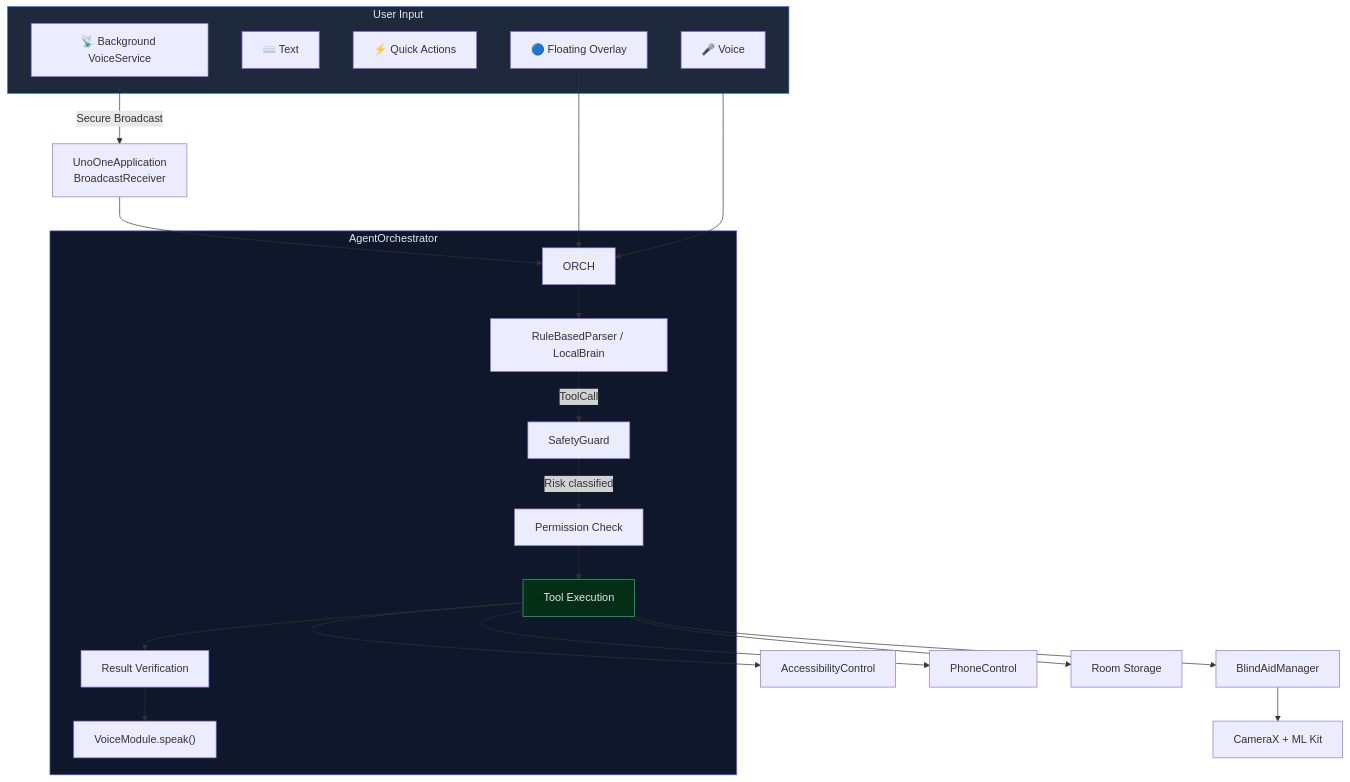
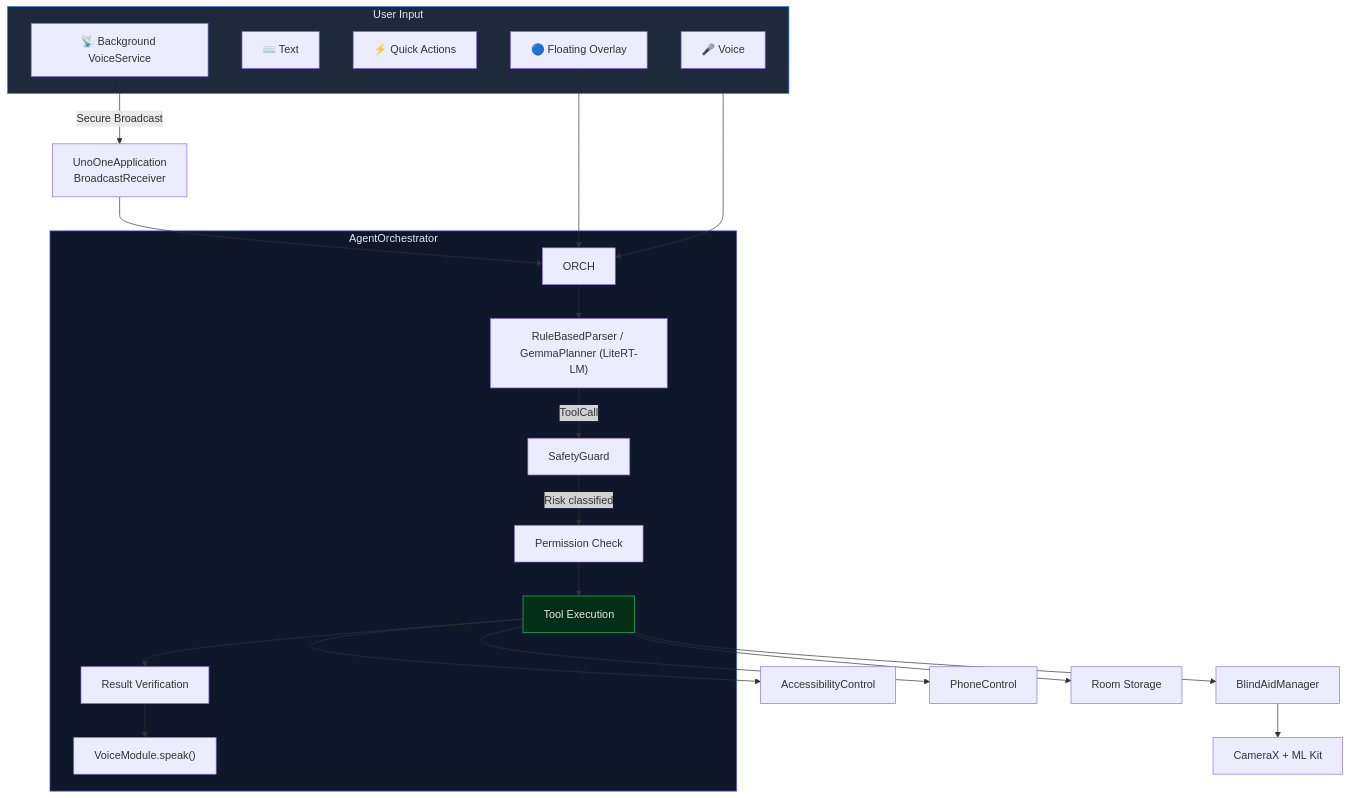
The diagram in README.md (inbharatai/UnoOne-Local-Agent), drawn with Mermaid before and after one commit. The commit also changed other lines of this file and 73 other files, not shown here.

````diff
--- a/README.md
+++ b/README.md
@@ -86,37 +87,37 @@
 ```mermaid
 flowchart TB
     subgraph Entry["User Input"]
         V["🎤 Voice"]
         T["⌨️ Text"]
         QA["⚡ Quick Actions"]
         OV["🔵 Floating Overlay"]
         BG["📡 Background VoiceService"]
     end
 
     Entry --> ORCH
 
     subgraph Core["AgentOrchestrator"]
-        ORCH --> PARSER["RuleBasedParser / LocalBrain"]
+        ORCH --> PARSER["RuleBasedParser / GemmaPlanner (LiteRT-LM)"]
         PARSER -->|ToolCall| SAFETY["SafetyGuard"]
         SAFETY -->|Risk classified| PERM["Permission Check"]
         PERM --> EXEC["Tool Execution"]
         EXEC --> VERIFY["Result Verification"]
         VERIFY --> SPEAK["VoiceModule.speak()"]
     end
 
     EXEC --> ACCESS["AccessibilityControl"]
     EXEC --> PHONE["PhoneControl"]
     EXEC --> STORE["Room Storage"]
     EXEC --> BLIND["BlindAidManager"]
 
     BLIND --> CAM["CameraX + ML Kit"]
 
     BG -->|Secure Broadcast| RX["UnoOneApplication<br/>BroadcastReceiver"]
     RX --> ORCH
 
     OV --> ORCH
 
     style Entry fill:#1e293b,stroke:#3b82f6,color:#e2e8f0
     style Core fill:#0f172a,stroke:#6366f1,color:#e2e8f0
     style EXEC fill:#052e16,stroke:#22c55e,color:#e2e8f0
 ```
````
